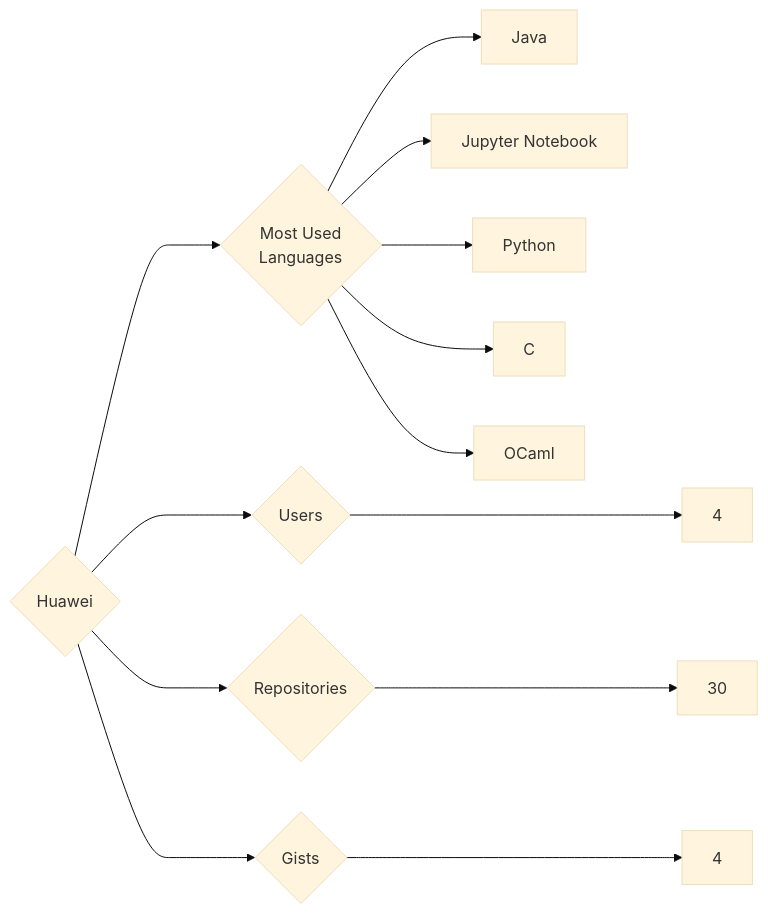
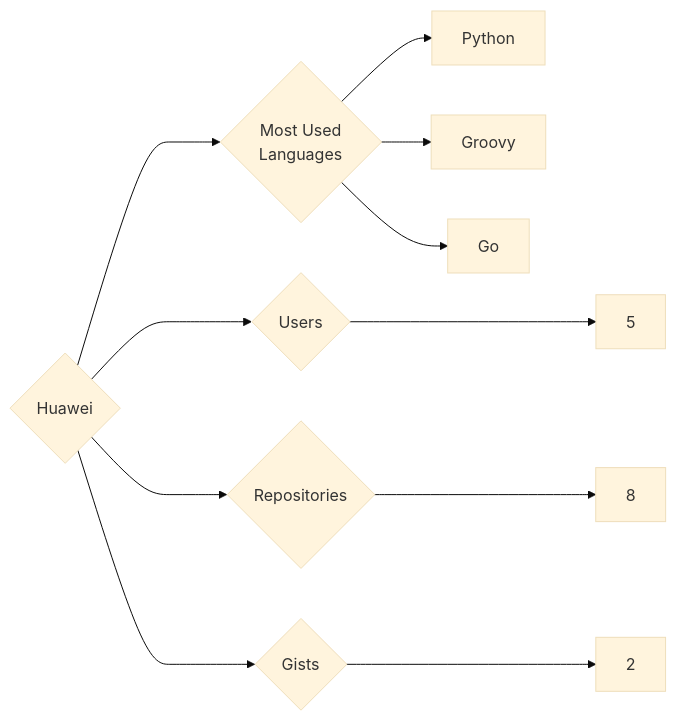
One commit to trickest/insiders changed the diagram in targets/Huawei/README.md. Above: the diagram before and after it, drawn with Mermaid (base theme). The commit also changed 1148 other files, not shown here.

````diff
--- a/targets/Huawei/README.md
+++ b/targets/Huawei/README.md
@@ -3,13 +3,11 @@
 ```mermaid
 graph LR
 COMPANY_NAME{Huawei}
-COMPANY_NAME ---> U{Users} ---> UN[4]
-COMPANY_NAME ---> R{Repositories} ---> RN[30]
-COMPANY_NAME ---> G{Gists} ---> GN[4]
+COMPANY_NAME ---> U{Users} ---> UN[5]
+COMPANY_NAME ---> R{Repositories} ---> RN[8]
+COMPANY_NAME ---> G{Gists} ---> GN[2]
 COMPANY_NAME ---> ML{Most Used<br>Languages}
-ML --> Java[Java]
-ML --> Jupyter_Notebook[Jupyter Notebook]
 ML --> Python[Python]
-ML --> C[C]
-ML --> OCaml[OCaml]
+ML --> Groovy[Groovy]
+ML --> Go[Go]
 ```
````
